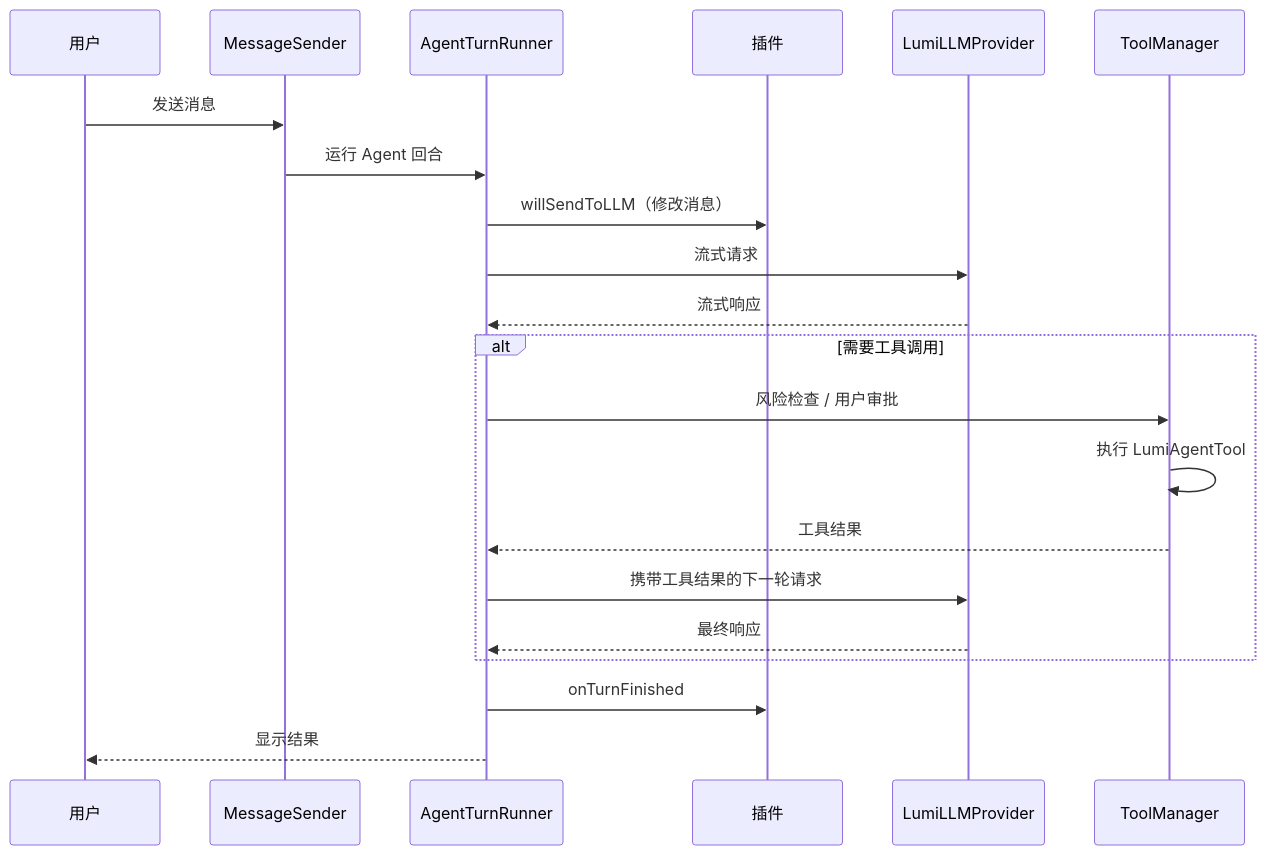
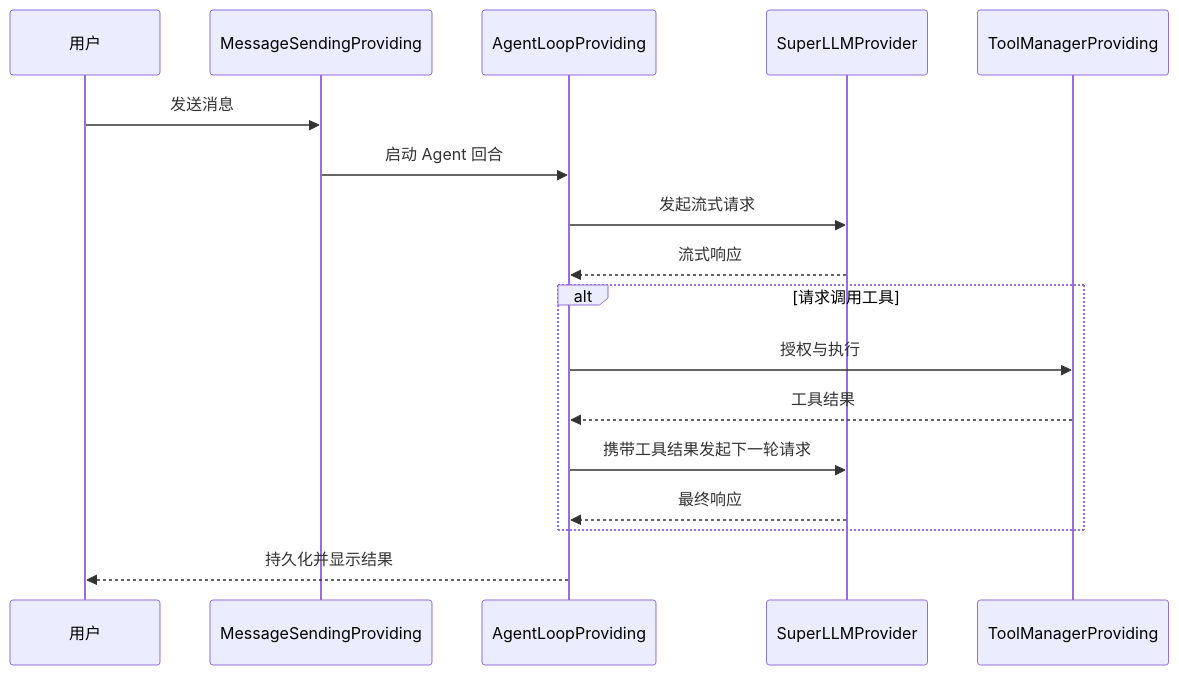
Before and after one commit to CofficLab/Lumi: the second of 2 diagrams in README_zh.md, drawn with Mermaid. The commit also changed other lines of this file and 1 other file, not shown here.

````diff
--- a/README_zh.md
+++ b/README_zh.md
@@ -71,24 +78,20 @@
 ```mermaid
 sequenceDiagram
     participant U as 用户
-    participant S as MessageSender
-    participant R as AgentTurnRunner
-    participant P as 插件
-    participant L as LumiLLMProvider
-    participant T as ToolManager
+    participant S as MessageSendingProviding
+    participant R as AgentLoopProviding
+    participant L as SuperLLMProvider
+    participant T as ToolManagerProviding
 
     U->>S: 发送消息
-    S->>R: 运行 Agent 回合
-    R->>P: willSendToLLM（修改消息）
-    R->>L: 流式请求
+    S->>R: 启动 Agent 回合
+    R->>L: 发起流式请求
     L-->>R: 流式响应
-    alt 需要工具调用
-        R->>T: 风险检查 / 用户审批
-        T->>T: 执行 LumiAgentTool
+    alt 请求调用工具
+        R->>T: 授权与执行
         T-->>R: 工具结果
-        R->>L: 携带工具结果的下一轮请求
+        R->>L: 携带工具结果发起下一轮请求
         L-->>R: 最终响应
     end
-    R->>P: onTurnFinished
-    R-->>U: 显示结果
+    R-->>U: 持久化并显示结果
 ```
````
